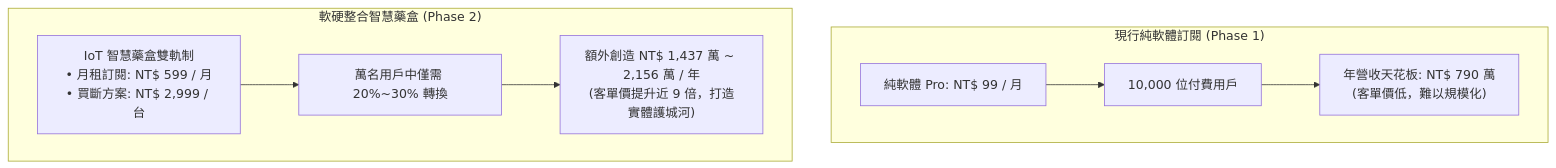
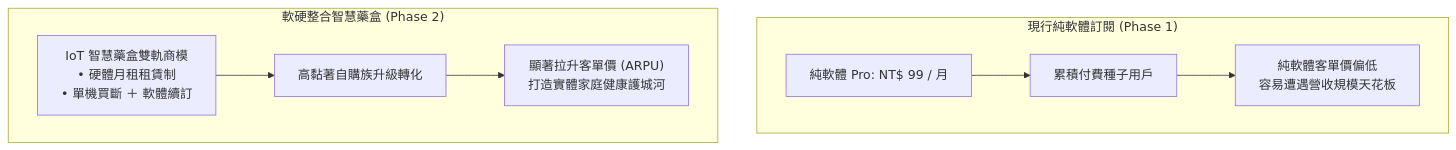
The second of 2 diagrams in PurePick_專案提案與精實驗證計畫書.md (EricYu2005/The-Navigators-NCCU-8th-team), drawn with Mermaid before and after one commit. The commit also changed other lines of this file and 2 other files, not shown here.

````diff
--- a/PurePick_專案提案與精實驗證計畫書.md
+++ b/PurePick_專案提案與精實驗證計畫書.md
@@ -68,12 +82,12 @@
 ```mermaid
 flowchart TD
     subgraph S1["現行純軟體訂閱 (Phase 1)"]
-        A1["純軟體 Pro: NT$ 99 / 月"] --> B1["10,000 位付費用戶"]
-        B1 --> C1["年營收天花板: NT$ 790 萬<br>(客單價低，難以規模化)"]
+        A1["純軟體 Pro: NT$ 99 / 月"] --> B1["累積付費種子用戶"]
+        B1 --> C1["純軟體客單價偏低<br>容易遭遇營收規模天花板"]
     end
 
     subgraph S2["軟硬整合智慧藥盒 (Phase 2)"]
-        A2["IoT 智慧藥盒雙軌制<br>• 月租訂閱: NT$ 599 / 月<br>• 買斷方案: NT$ 2,999 / 台"] --> B2["萬名用戶中僅需 20%~30% 轉換"]
-        B2 --> C2["額外創造 NT$ 1,437 萬 ~ 2,156 萬 / 年<br>(客單價提升近 9 倍，打造實體護城河)"]
+        A2["IoT 智慧藥盒雙軌商模<br>• 硬體月租租賃制<br>• 單機買斷 ＋ 軟體續訂"] --> B2["高黏著自購族升級轉化"]
+        B2 --> C2["顯著拉升客單價 (ARPU)<br>打造實體家庭健康護城河"]
     end
 ```
````
